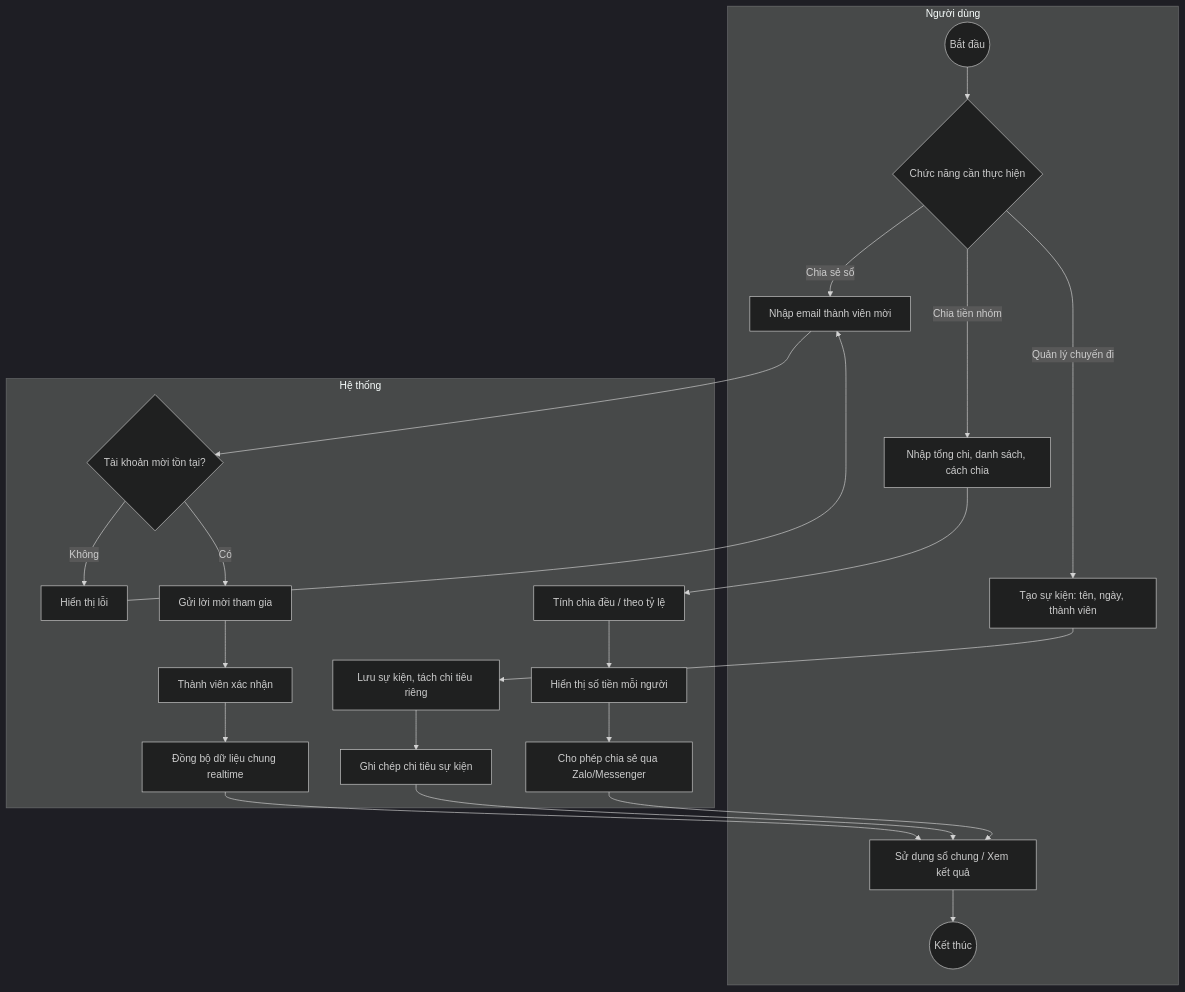
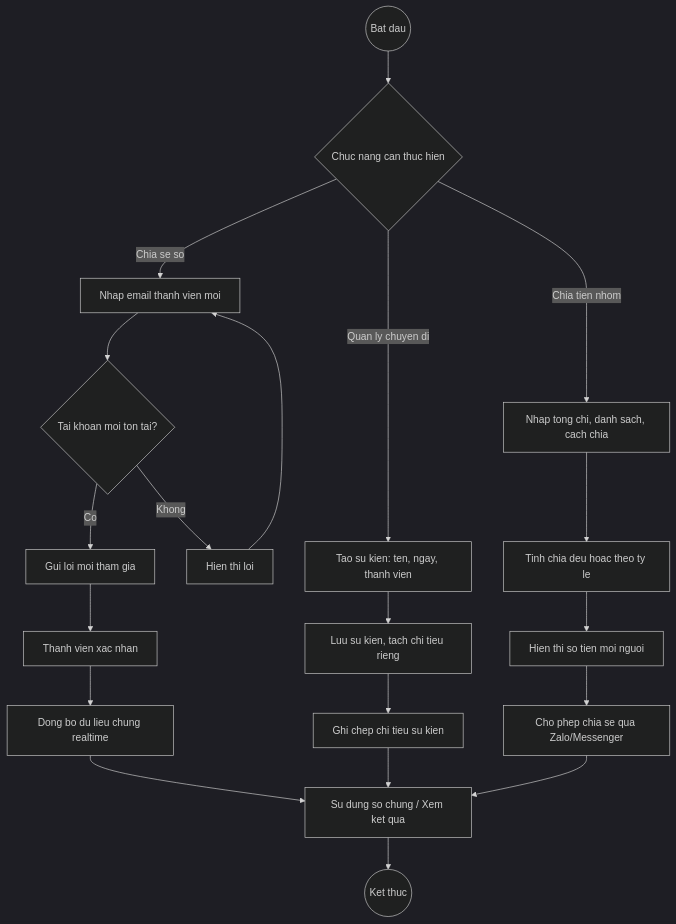
The tenth of 10 diagrams in Nghiên cứu MISA MoneyKeeper.md (Hieu-vn/Graduation-Thesis), drawn with Mermaid (dark theme) before and after one commit. The commit also changed other lines of this file, not shown here.

First line of the commit message:
fix: Rewrite all 10 mermaid diagrams for GitHub rendering

````diff
--- a/Nghiên cứu MISA MoneyKeeper.md
+++ b/Nghiên cứu MISA MoneyKeeper.md
@@ -341,25 +302,21 @@
 ```mermaid
 flowchart TD
-    subgraph "Người dùng"
-        A((Bắt đầu)) --> B{Chức năng cần thực hiện}
-        B -->|Chia sẻ sổ| C[Nhập email thành viên mời]
-        B -->|Quản lý chuyến đi| D["Tạo sự kiện: tên, ngày, thành viên"]
-        B -->|Chia tiền nhóm| E["Nhập tổng chi, danh sách, cách chia"]
-        L[Sử dụng sổ chung / Xem kết quả] --> M((Kết thúc))
-    end
-    subgraph "Hệ thống"
-        C --> F{Tài khoản mời tồn tại?}
-        F -->|Không| F2[Hiển thị lỗi] --> C
-        F -->|Có| G[Gửi lời mời tham gia]
-        G --> G2[Thành viên xác nhận]
-        G2 --> H[Đồng bộ dữ liệu chung realtime]
-        D --> I[Lưu sự kiện, tách chi tiêu riêng]
-        I --> I2[Ghi chép chi tiêu sự kiện]
-        E --> J["Tính chia đều / theo tỷ lệ"]
-        J --> K[Hiển thị số tiền mỗi người]
-        K --> K2[Cho phép chia sẻ qua Zalo/Messenger]
-    end
-    H --> L
+    A((Bat dau)) --> B{Chuc nang can thuc hien}
+    B -->|Chia se so| C[Nhap email thanh vien moi]
+    B -->|Quan ly chuyen di| D[Tao su kien: ten, ngay, thanh vien]
+    B -->|Chia tien nhom| E[Nhap tong chi, danh sach, cach chia]
+    C --> F{Tai khoan moi ton tai?}
+    F -->|Khong| F2[Hien thi loi] --> C
+    F -->|Co| G[Gui loi moi tham gia]
+    G --> G2[Thanh vien xac nhan]
+    G2 --> H[Dong bo du lieu chung realtime]
+    H --> L[Su dung so chung / Xem ket qua]
+    D --> I[Luu su kien, tach chi tieu rieng]
+    I --> I2[Ghi chep chi tieu su kien]
     I2 --> L
+    E --> J[Tinh chia deu hoac theo ty le]
+    J --> K[Hien thi so tien moi nguoi]
+    K --> K2[Cho phep chia se qua Zalo/Messenger]
     K2 --> L
+    L --> M((Ket thuc))
 ```
````
